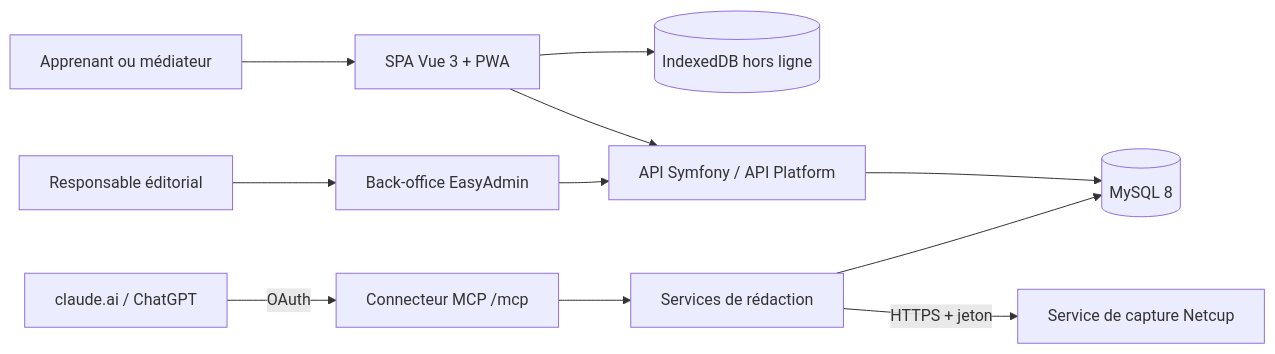
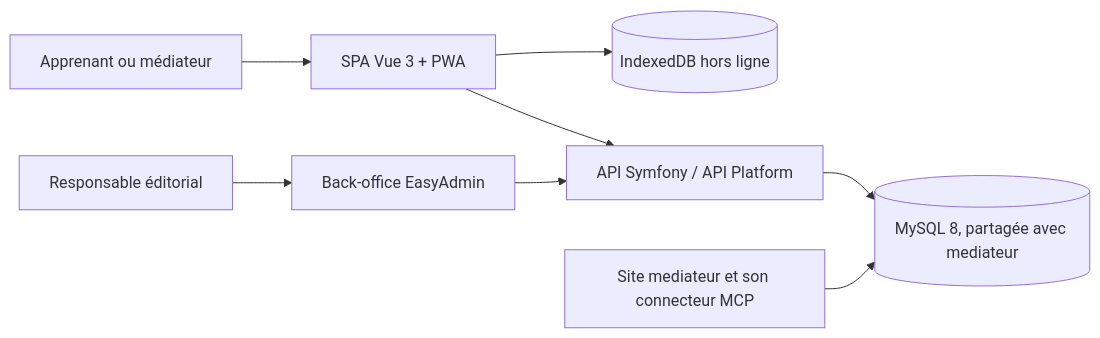
Before and after one commit to cundovar/vue-symfony: the diagram in docs/architecture/index.md, drawn with Mermaid. The commit also changed other lines of this file and 86 other files, not shown here.

````diff
--- a/docs/architecture/index.md
+++ b/docs/architecture/index.md
@@ -7,13 +7,10 @@
 ```mermaid
 flowchart LR
   U[Apprenant ou médiateur] --> SPA[SPA Vue 3 + PWA]
   SPA --> IDB[(IndexedDB hors ligne)]
   SPA --> API[API Symfony / API Platform]
   R[Responsable éditorial] --> BO[Back-office EasyAdmin]
-  A[claude.ai / ChatGPT] -->|OAuth| MCP[Connecteur MCP /mcp]
   BO --> API
-  MCP --> SVC[Services de rédaction]
-  API --> DB[(MySQL 8)]
-  SVC --> DB
-  SVC -->|HTTPS + jeton| CAP[Service de capture Netcup]
+  API --> DB[(MySQL 8, partagée avec mediateur)]
+  MED[Site mediateur et son connecteur MCP] --> DB
 ```
````
